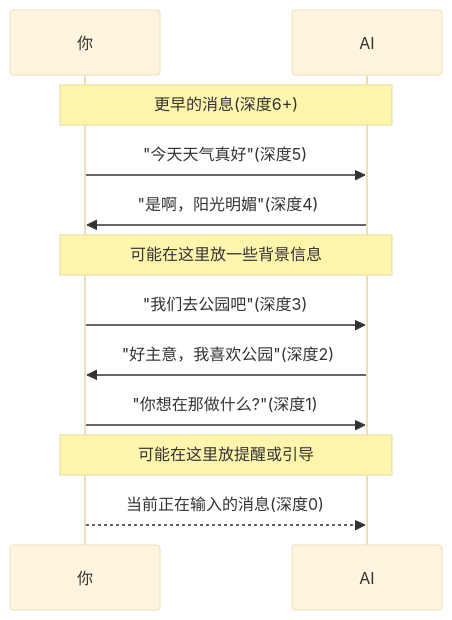
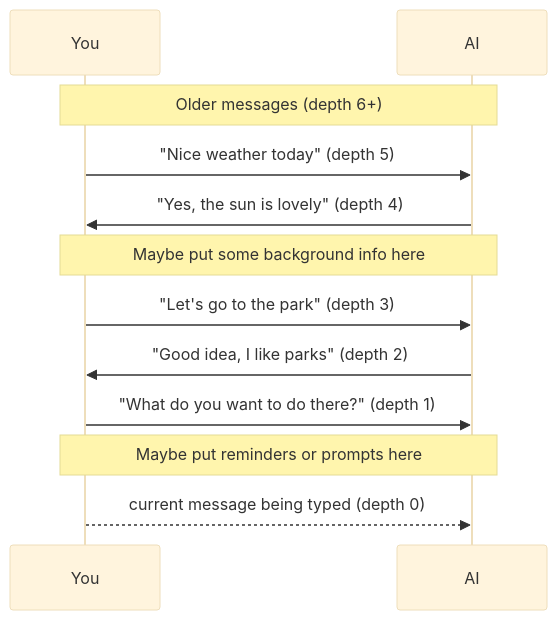
One commit to thesavant42/intro-to-silly-tavern-prompts changed the third of 10 diagrams in README.md. Above: the diagram before and after it, drawn with Mermaid (base theme). The commit also changed other lines of this file, not shown here.

````diff
--- a/README.md
+++ b/README.md
@@ -105,14 +105,14 @@
 ```mermaid
 sequenceDiagram
-    participant 你
+    participant You
     participant AI
-    Note over 你,AI: 更早的消息(深度6+)
-    你->>AI: "今天天气真好"(深度5)
-    AI->>你: "是啊，阳光明媚"(深度4)
-    Note over 你,AI: 可能在这里放一些背景信息
-    你->>AI: "我们去公园吧"(深度3)
-    AI->>你: "好主意，我喜欢公园"(深度2)
-    你->>AI: "你想在那做什么?"(深度1)
-    Note over 你,AI: 可能在这里放提醒或引导
-    你-->>AI: 当前正在输入的消息(深度0)
+    Note over You,AI: Older messages (depth 6+)
+    You->>AI: "Nice weather today" (depth 5)
+    AI->>You: "Yes, the sun is lovely" (depth 4)
+    Note over You,AI: Maybe put some background info here
+    You->>AI: "Let's go to the park" (depth 3)
+    AI->>You: "Good idea, I like parks" (depth 2)
+    You->>AI: "What do you want to do there?" (depth 1)
+    Note over You,AI: Maybe put reminders or prompts here
+    You-->>AI: current message being typed (depth 0)
 ```
````
